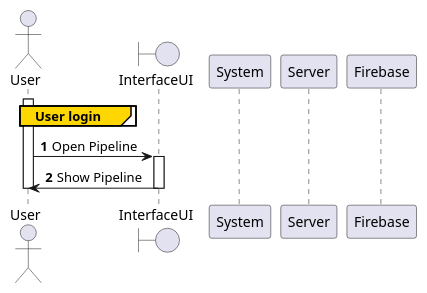
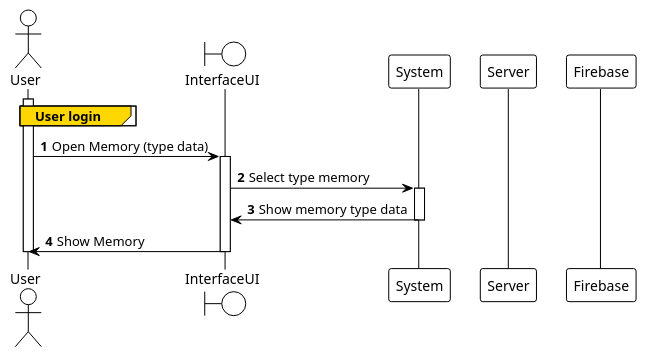
Before and after one commit to nonodev96/THUMDER: the diagram in UML/4.Sequence/4.19.ShowMemory.puml, drawn with PlantUML. The commit also changed 77 other files, not shown here.

Commit message:
fix files in file system storage (delete item) add new pipe Object entries add beta grid view refactor AccordionCard drag in docs refactor forms in login, register and forgot. Add UML

```diff
--- a/UML/4.Sequence/4.19.ShowMemory.puml
+++ b/UML/4.Sequence/4.19.ShowMemory.puml
@@ -1,24 +1,30 @@
 @startuml
 'https://plantuml.com/sequence-diagram
+!theme plain
 
 autonumber
 
 actor User
 boundary InterfaceUI
 participant System
 participant Server
 participant Firebase
 
 activate User
 group#Gold User login
+end
 
-end
-User -> InterfaceUI: Open Pipeline
+User -> InterfaceUI: Open Memory (type data)
+activate InterfaceUI
 
-activate InterfaceUI
-User <- InterfaceUI: Show Pipeline
+InterfaceUI -> System: Select type memory
+activate System
+InterfaceUI <- System: Show memory type data
+deactivate System
+
+User <- InterfaceUI: Show Memory
 deactivate InterfaceUI
-
 deactivate User
 
+
 @enduml
```
